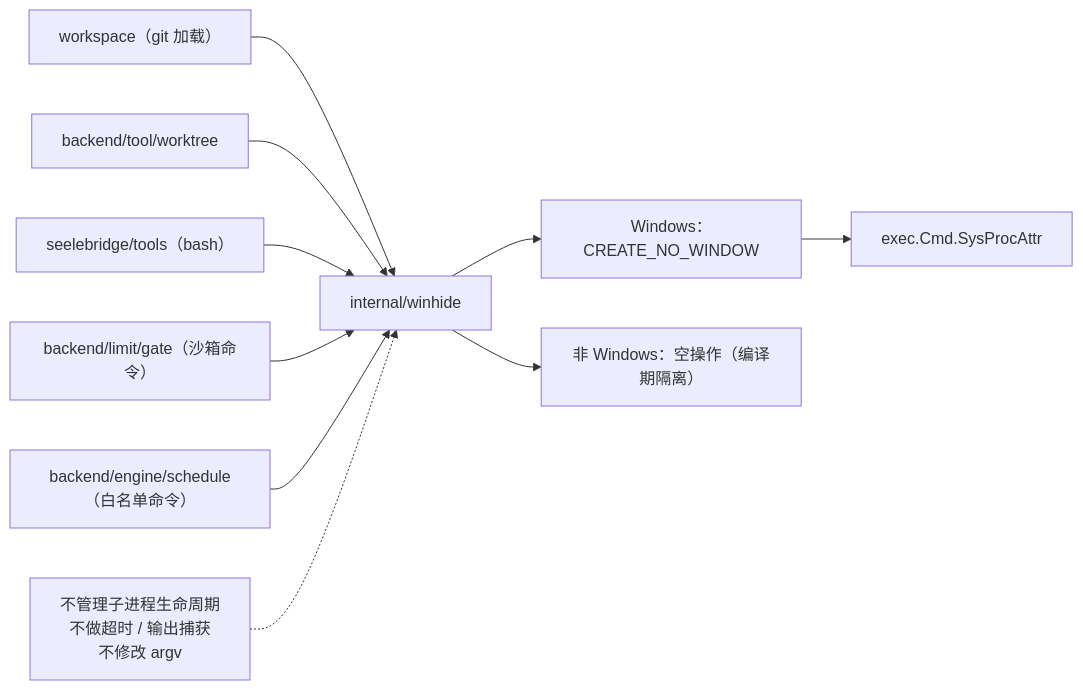
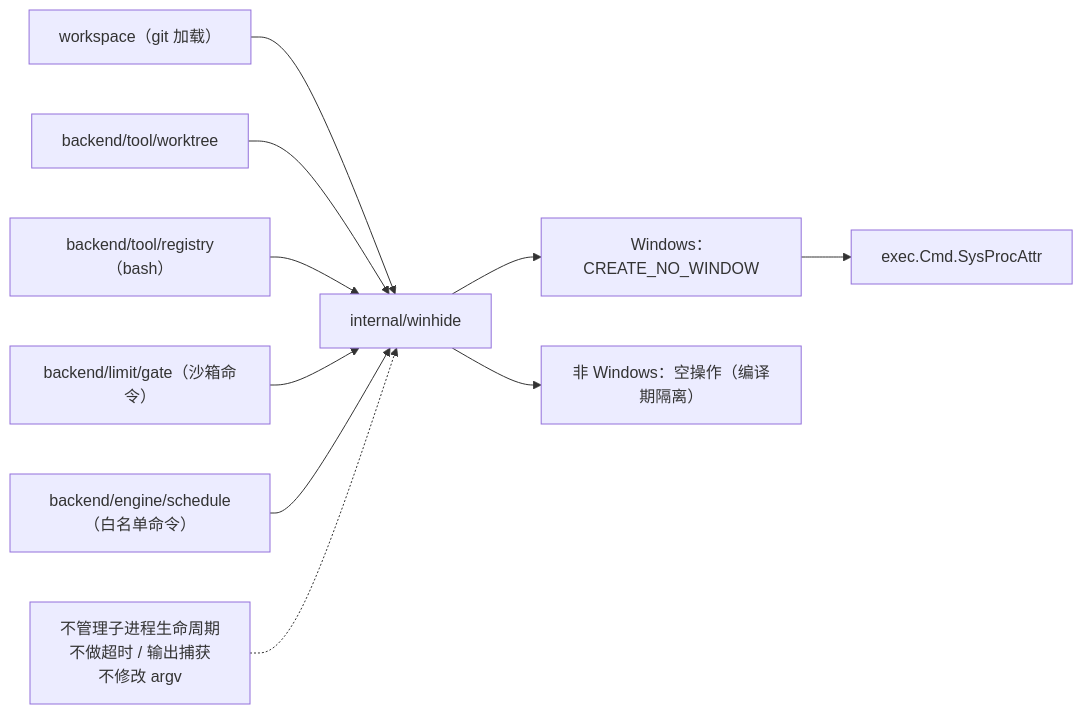
The diagram in internal/winhide/README.md (RedHuang-0622/seelex), drawn with Mermaid before and after one commit. The commit also changed other lines of this file and 150 other files, not shown here.

First line of the commit message:
refactor(arch): M4-T3 seelebridge/tools 整包归位 backend/tool/registry（包名 tools -> registry）

````diff
--- a/internal/winhide/README.md
+++ b/internal/winhide/README.md
@@ -14,12 +14,12 @@
 ```mermaid
 flowchart LR
     W["workspace（git 加载）"] --> H["internal/winhide"]
     WT["backend/tool/worktree"] --> H
-    T["seelebridge/tools（bash）"] --> H
+    T["backend/tool/registry（bash）"] --> H
     SEC["backend/limit/gate（沙箱命令）"] --> H
     SCH["backend/engine/schedule（白名单命令）"] --> H
     H --> WIN["Windows：CREATE_NO_WINDOW"]
     H --> OTHER["非 Windows：空操作（编译期隔离）"]
     WIN --> CMD["exec.Cmd.SysProcAttr"]
     NOTE["不管理子进程生命周期<br/>不做超时 / 输出捕获<br/>不修改 argv"] -.-> H
 ```
````
